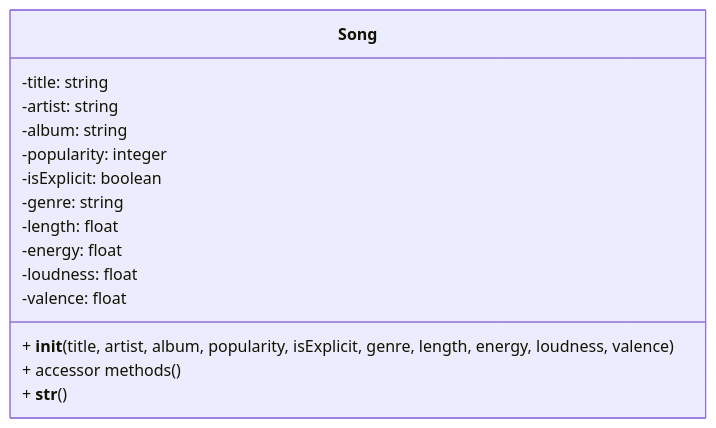
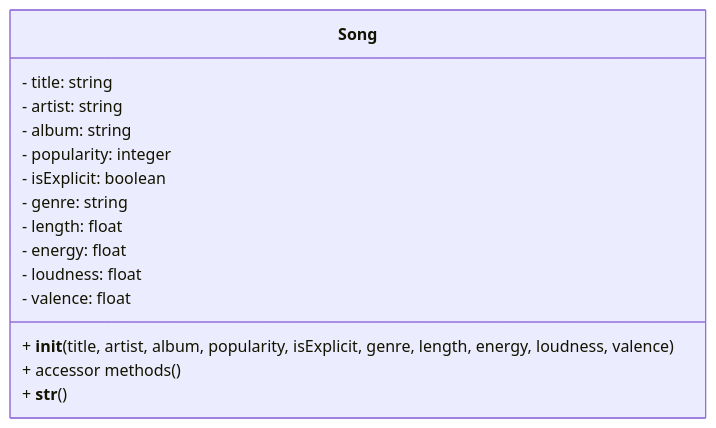
Before and after one commit to isf-dp-cs/isf-dp-cs.github.io: the diagram in content/new_syllabus/unit_03_oop/00_intro/_index.md, drawn with Mermaid. The commit also changed other lines of this file, not shown here.

```diff
--- a/content/new_syllabus/unit_03_oop/00_intro/_index.md
+++ b/content/new_syllabus/unit_03_oop/00_intro/_index.md
@@ -40,20 +40,20 @@
 {{< mermaid >}}
 
 classDiagram
     class Song {
-        -title: string
-        -artist: string
-        -album: string
-        -popularity: integer
-        -isExplicit: boolean
-        -genre: string
-        -length: float
-        -energy: float
-        -loudness: float
-        -valence: float
+        - title: string
+        - artist: string
+        - album: string
+        - popularity: integer
+        - isExplicit: boolean
+        - genre: string
+        - length: float
+        - energy: float
+        - loudness: float
+        - valence: float
         + __init__(title, artist, album, popularity, isExplicit, genre, length, energy, loudness, valence)
         + accessor methods  ()
         + __str__()
     }
 
 {{< /mermaid >}}
```
